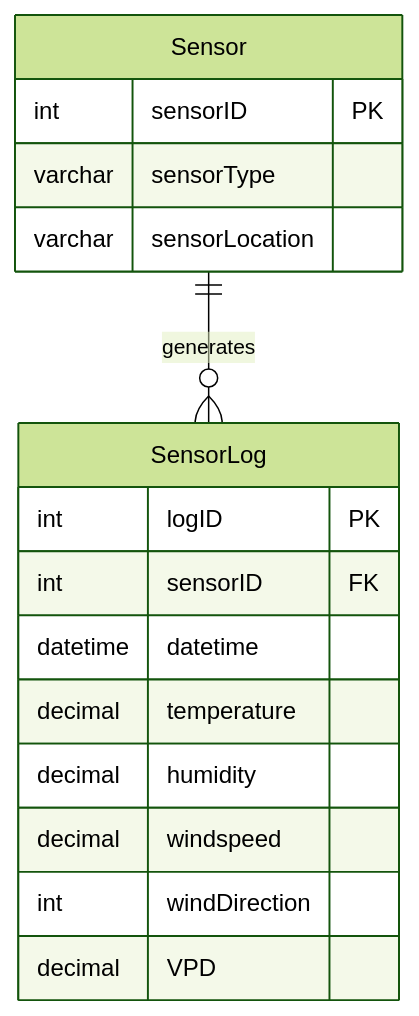
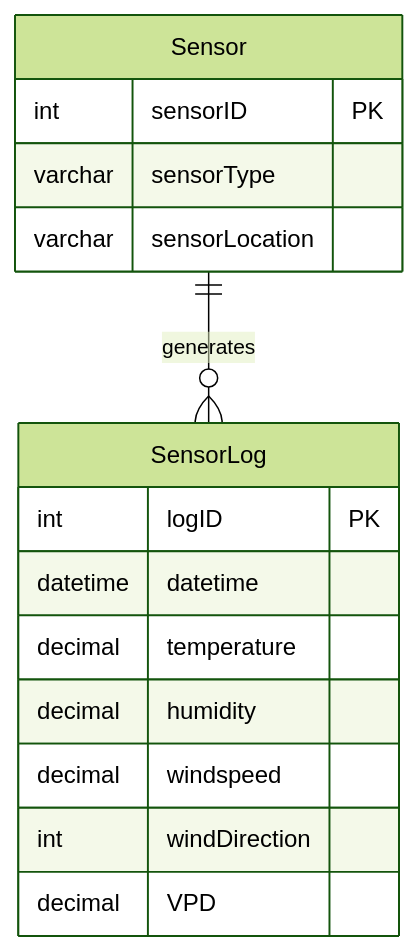
One commit to Omelettae/sp_dashboard changed the diagram in ERD.md. Above: the diagram before and after it, drawn with Mermaid (forest theme).

````diff
--- a/ERD.md
+++ b/ERD.md
@@ -1,22 +1,21 @@
 ```mermaid
 erDiagram
 
     Sensor {
         int sensorID PK
         varchar sensorType
         varchar sensorLocation
     }
 
     SensorLog {
         int logID PK
-        int sensorID FK
         datetime datetime
         decimal temperature
         decimal humidity
         decimal windspeed
         int windDirection
         decimal VPD
     }
 
     Sensor ||--o{ SensorLog : generates
 ```
````
